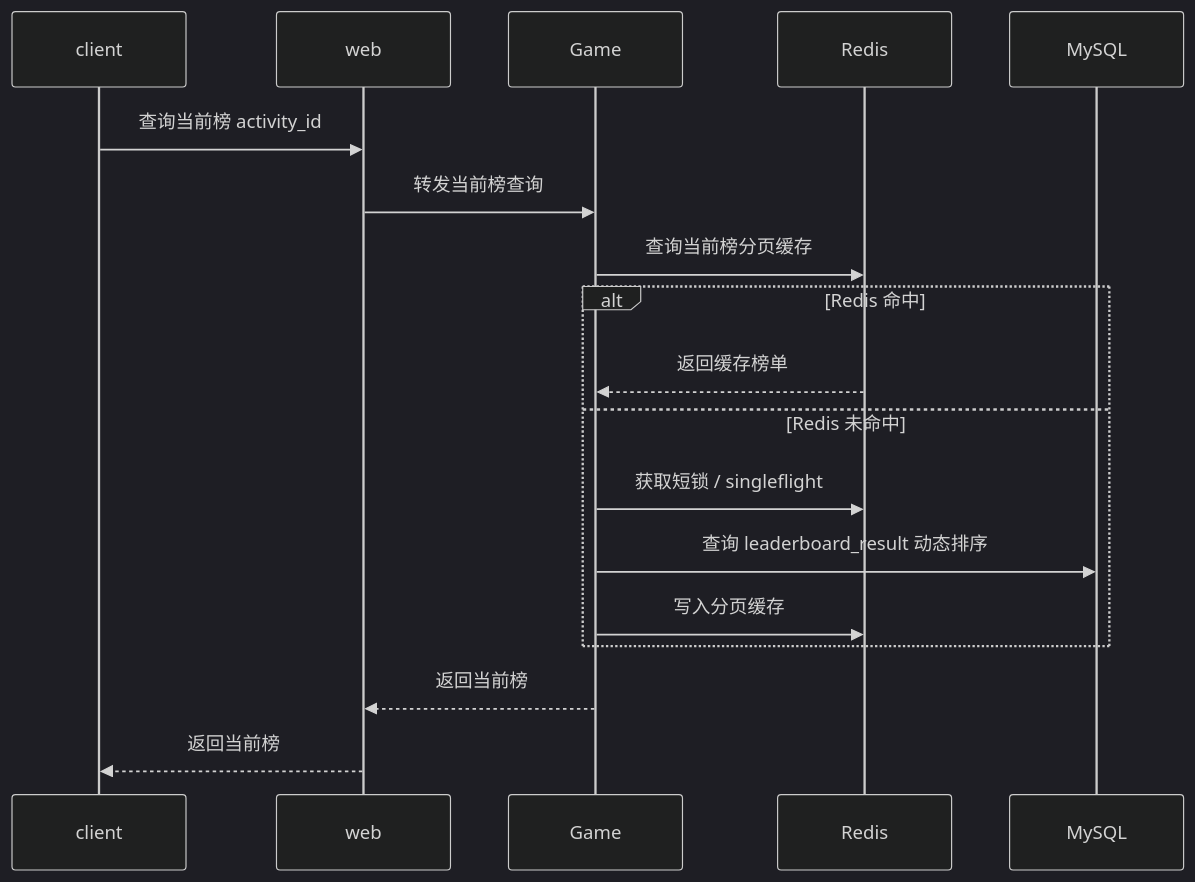
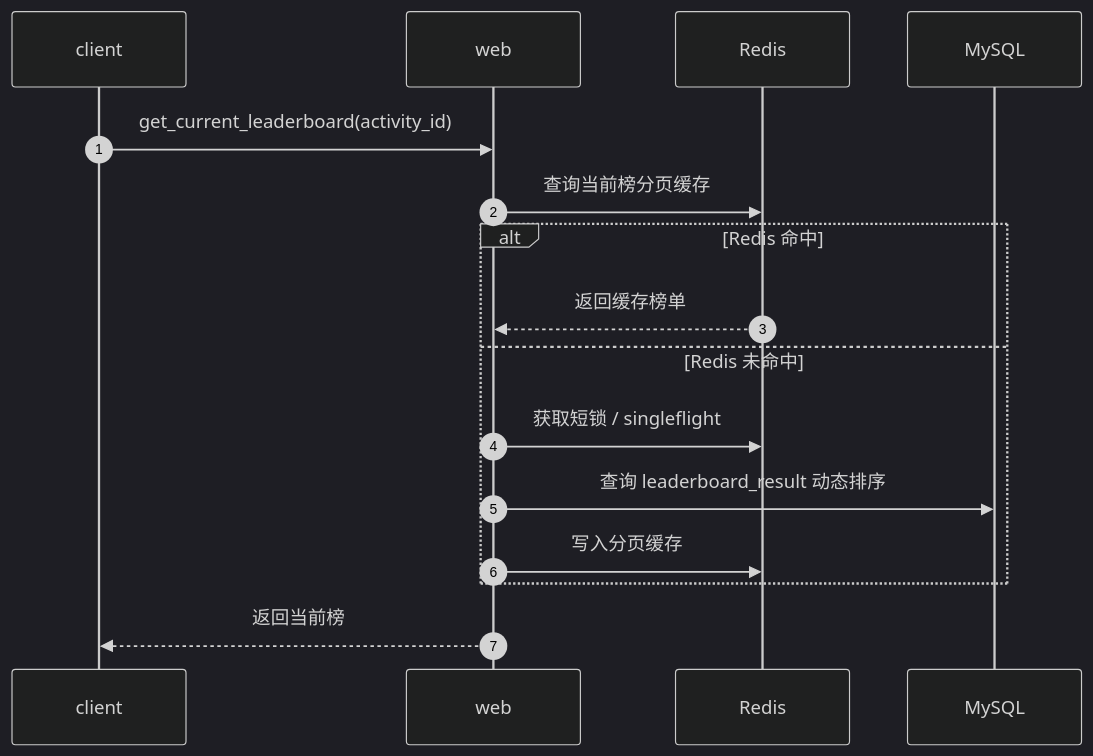
Before and after one commit to zdl20251023-pixel/agent-frame: the tenth of 12 diagrams in docs/复述扑克/评审02/02-设计文档.md, drawn with Mermaid (dark theme). The commit also changed other lines of this file and 1 other file, not shown here.

````diff
--- a/docs/复述扑克/评审02/02-设计文档.md
+++ b/docs/复述扑克/评审02/02-设计文档.md
@@ -349,23 +457,21 @@
 ```mermaid
 sequenceDiagram
+    autonumber
     participant client
     participant web
-    participant Game
     participant Redis
     participant MySQL
 
-    client->>web: 查询当前榜 activity_id
-    web->>Game: 转发当前榜查询
-    Game->>Redis: 查询当前榜分页缓存
+    client->>web: get_current_leaderboard(activity_id)
+    web->>Redis: 查询当前榜分页缓存
 
     alt Redis 命中
-        Redis-->>Game: 返回缓存榜单
+        Redis-->>web: 返回缓存榜单
     else Redis 未命中
-        Game->>Redis: 获取短锁 / singleflight
-        Game->>MySQL: 查询 leaderboard_result 动态排序
-        Game->>Redis: 写入分页缓存
+        web->>Redis: 获取短锁 / singleflight
+        web->>MySQL: 查询 leaderboard_result 动态排序
+        web->>Redis: 写入分页缓存
     end
 
-    Game-->>web: 返回当前榜
     web-->>client: 返回当前榜
 ```
````
